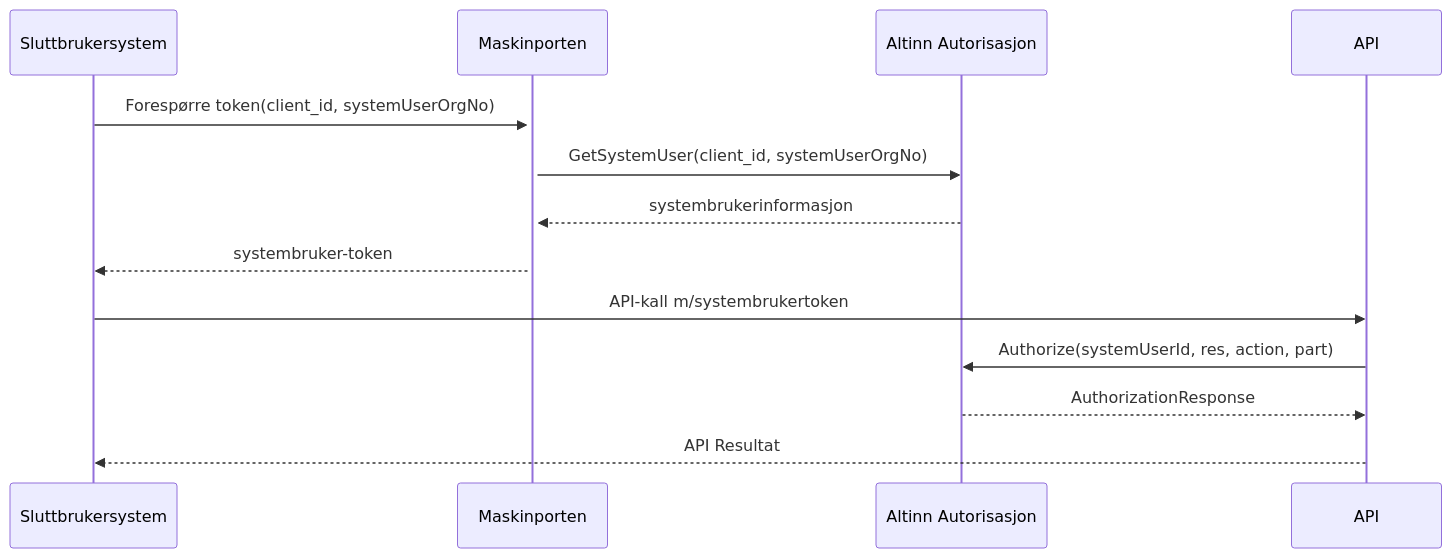
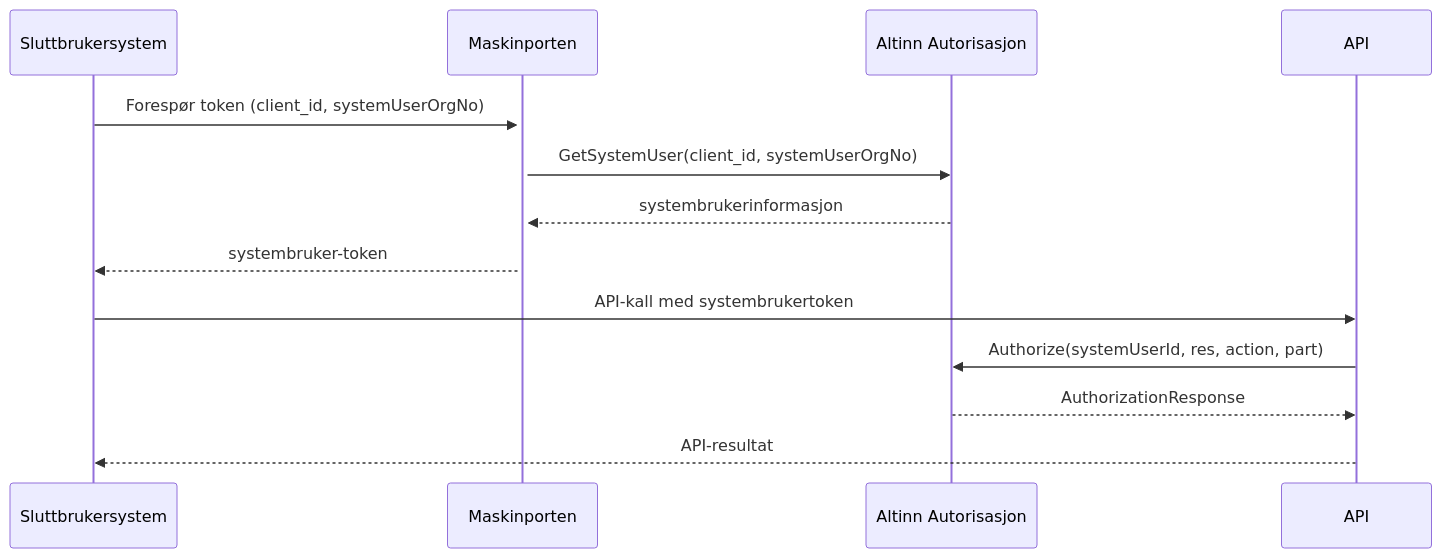
Before and after one commit to Altinn/altinn-studio-docs: the diagram in content/authorization/guides/system-vendor/system-user/usetoken/_index.nb.md, drawn with Mermaid. The commit also changed other lines of this file and 1 other file, not shown here.

Commit message:
Improve system user token guides

```diff
--- a/content/authorization/guides/system-vendor/system-user/usetoken/_index.nb.md
+++ b/content/authorization/guides/system-vendor/system-user/usetoken/_index.nb.md
@@ -12,11 +16,11 @@
 {{<mermaid>}}
 sequenceDiagram
-Sluttbrukersystem->>+Maskinporten: Forespørre token(client_id, systemUserOrgNo)
+Sluttbrukersystem->>+Maskinporten: Forespør token (client_id, systemUserOrgNo)
 Maskinporten->>Altinn Autorisasjon: GetSystemUser(client_id, systemUserOrgNo)
 Altinn Autorisasjon-->>Maskinporten: systembrukerinformasjon
 Maskinporten-->>Sluttbrukersystem: systembruker-token
-Sluttbrukersystem->>API: API-kall m/systembrukertoken
+Sluttbrukersystem->>API: API-kall med systembrukertoken
 API->>Altinn Autorisasjon: Authorize(systemUserId, res, action, part)
 Altinn Autorisasjon-->>API: AuthorizationResponse
-API-->>Sluttbrukersystem: API Resultat
+API-->>Sluttbrukersystem: API-resultat
 {{< /mermaid >}}
```
